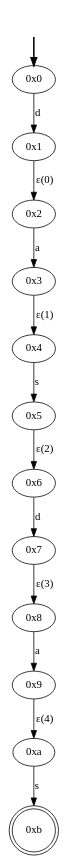
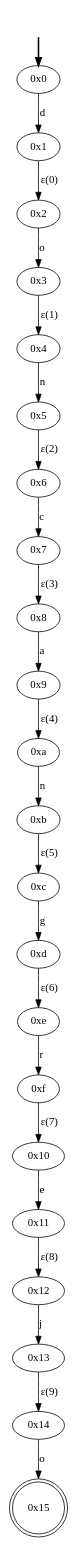
One commit to OktaOEDC/ProyectoAutomatas_6to_OMJD changed the diagram in dist/AFI/AFI.dot. Above: the diagram before and after it, drawn with Graphviz. The commit also changed 10 other files, not shown here.

```diff
--- a/dist/AFI/AFI.dot
+++ b/dist/AFI/AFI.dot
@@ -1,27 +1,47 @@
 digraph {
 	fake [style=invisible]
-	"0xb" [shape=doublecircle]
+	"0x1"
+	"0x9"
+	"0x2"
+	"0x4"
+	"0x15" [shape=doublecircle]
+	"0x10"
+	"0xb"
+	"0x5"
+	"0xa"
+	"0x13"
+	"0x14"
 	"0x7"
-	"0xa"
-	"0x2"
-	"0x1"
+	"0xf"
+	"0x6"
 	"0x0" [root=true]
+	"0xd"
 	"0x8"
+	"0xc"
 	"0x3"
-	"0x4"
-	"0x6"
-	"0x9"
-	"0x5"
+	"0x11"
+	"0x12"
+	"0xe"
 	fake -> "0x0" [style=bold]
 	"0x0" -> "0x1" [label=d]
-	"0x2" -> "0x3" [label=a]
+	"0x2" -> "0x3" [label=o]
 	"0x1" -> "0x2" [label="ε(0)"]
-	"0x4" -> "0x5" [label=s]
+	"0x4" -> "0x5" [label=n]
 	"0x3" -> "0x4" [label="ε(1)"]
-	"0x6" -> "0x7" [label=d]
+	"0x6" -> "0x7" [label=c]
 	"0x5" -> "0x6" [label="ε(2)"]
 	"0x8" -> "0x9" [label=a]
 	"0x7" -> "0x8" [label="ε(3)"]
-	"0xa" -> "0xb" [label=s]
+	"0xa" -> "0xb" [label=n]
 	"0x9" -> "0xa" [label="ε(4)"]
+	"0xc" -> "0xd" [label=g]
+	"0xb" -> "0xc" [label="ε(5)"]
+	"0xe" -> "0xf" [label=r]
+	"0xd" -> "0xe" [label="ε(6)"]
+	"0x10" -> "0x11" [label=e]
+	"0xf" -> "0x10" [label="ε(7)"]
+	"0x12" -> "0x13" [label=j]
+	"0x11" -> "0x12" [label="ε(8)"]
+	"0x14" -> "0x15" [label=o]
+	"0x13" -> "0x14" [label="ε(9)"]
 }
```
